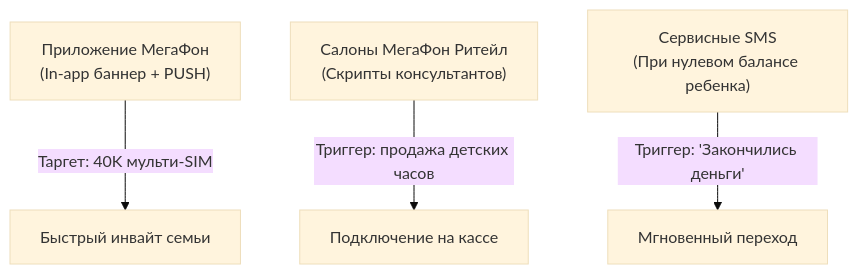
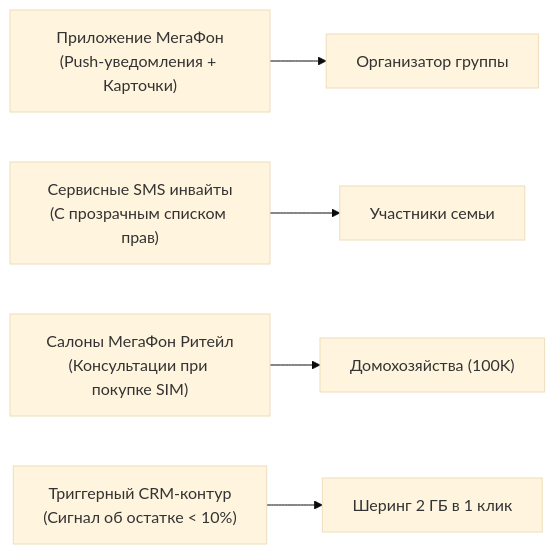
Before and after one commit to Nek1yZakhar/product-strategist-agent: the diagram in knowledge/projects/demo-megafon/output/communication-strategy.md, drawn with Mermaid (base theme). The commit also changed other lines of this file and 21 other files, not shown here.

````diff
--- a/knowledge/projects/demo-megafon/output/communication-strategy.md
+++ b/knowledge/projects/demo-megafon/output/communication-strategy.md
@@ -44,6 +49,7 @@
 ```mermaid
-flowchart TD
-    App["Приложение МегаФон<br/>(In-app баннер + PUSH)"] -->|"Таргет: 40K мульти-SIM"| Conv1["Быстрый инвайт семьи"]
-    Retail["Салоны МегаФон Ритейл<br/>(Скрипты консультантов)"] -->|"Триггер: продажа детских часов"| Conv2["Подключение на кассе"]
-    SMS["Сервисные SMS<br/>(При нулевом балансе ребенка)"] -->|"Триггер: 'Закончились деньги'"| Conv3["Мгновенный переход"]
+flowchart LR
+    App["Приложение МегаФон<br/>(Push-уведомления + Карточки)"] --> Lead["Организатор группы"]
+    SMS["Сервисные SMS инвайты<br/>(С прозрачным списком прав)"] --> Part["Участники семьи"]
+    Retail["Салоны МегаФон Ритейл<br/>(Консультации при покупке SIM)"] --> Household["Домохозяйства (100K)"]
+    CRM["Триггерный CRM-контур<br/>(Сигнал об остатке < 10%)"] --> Action["Шеринг 2 ГБ в 1 клик"]
 ```
````
